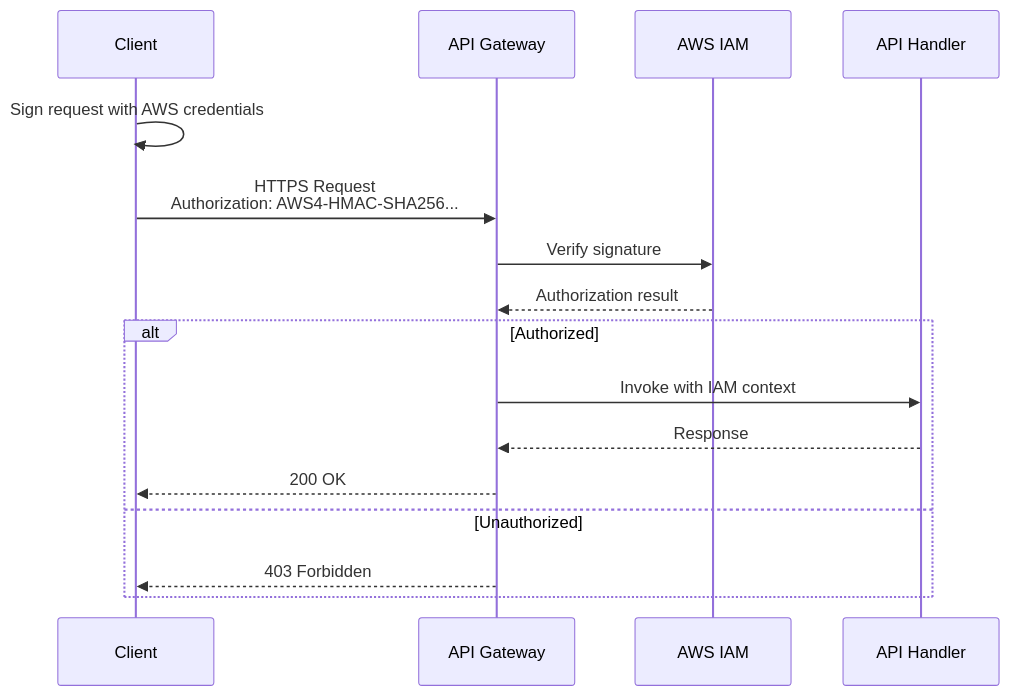
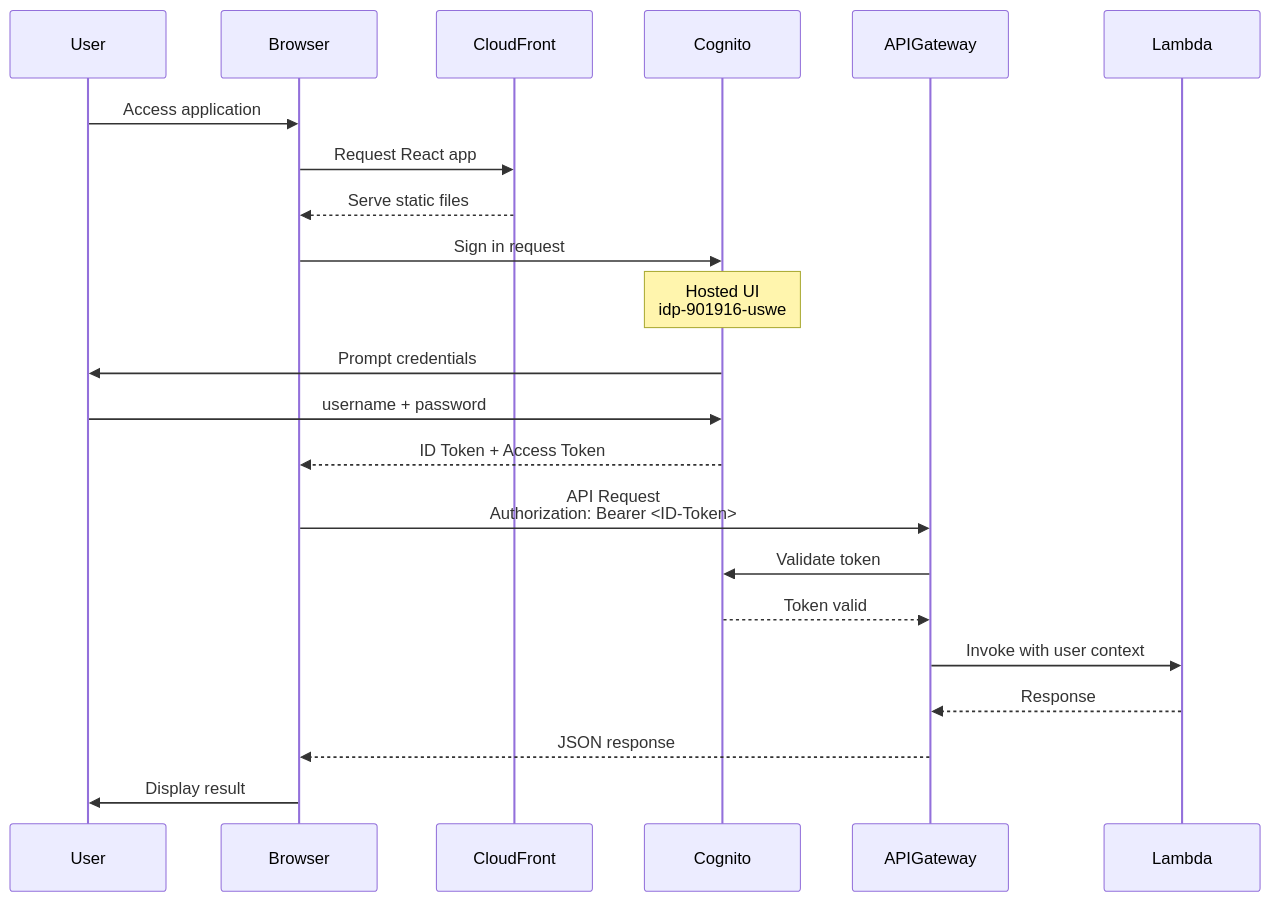
Before and after one commit to annabook21/IntelligentDoc_Processor: the fourth of 13 diagrams in ARCHITECTURE.md, drawn with Mermaid. The commit also changed other lines of this file and 5 other files, not shown here.

````diff
--- a/ARCHITECTURE.md
+++ b/ARCHITECTURE.md
@@ -329,19 +412,25 @@
 ```mermaid
 sequenceDiagram
-    participant Client
-    participant APIGW as API Gateway
-    participant IAM as AWS IAM
-    participant Lambda as API Handler
+    participant User
+    participant Browser
+    participant CloudFront
+    participant Cognito
+    participant APIGateway
+    participant Lambda
 
-    Client->>Client: Sign request with AWS credentials
-    Client->>APIGW: HTTPS Request<br/>Authorization: AWS4-HMAC-SHA256...
-    APIGW->>IAM: Verify signature
-    IAM-->>APIGW: Authorization result
-    alt Authorized
-        APIGW->>Lambda: Invoke with IAM context
-        Lambda-->>APIGW: Response
-        APIGW-->>Client: 200 OK
-    else Unauthorized
-        APIGW-->>Client: 403 Forbidden
-    end
+    User->>Browser: Access application
+    Browser->>CloudFront: Request React app
+    CloudFront-->>Browser: Serve static files
+    Browser->>Cognito: Sign in request
+    Note over Cognito: Hosted UI<br/>idp-901916-uswe
+    Cognito->>User: Prompt credentials
+    User->>Cognito: username + password
+    Cognito-->>Browser: ID Token + Access Token
+    Browser->>APIGateway: API Request<br/>Authorization: Bearer <ID-Token>
+    APIGateway->>Cognito: Validate token
+    Cognito-->>APIGateway: Token valid
+    APIGateway->>Lambda: Invoke with user context
+    Lambda-->>APIGateway: Response
+    APIGateway-->>Browser: JSON response
+    Browser->>User: Display result
 ```
````
